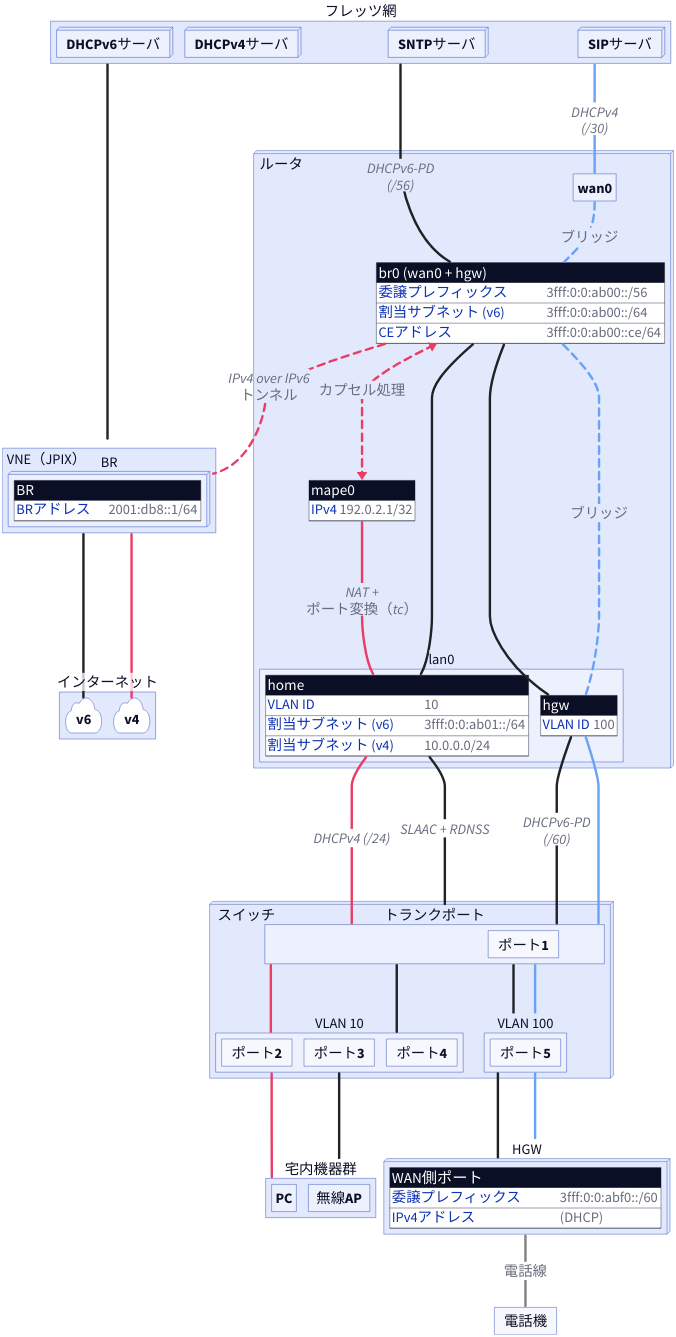
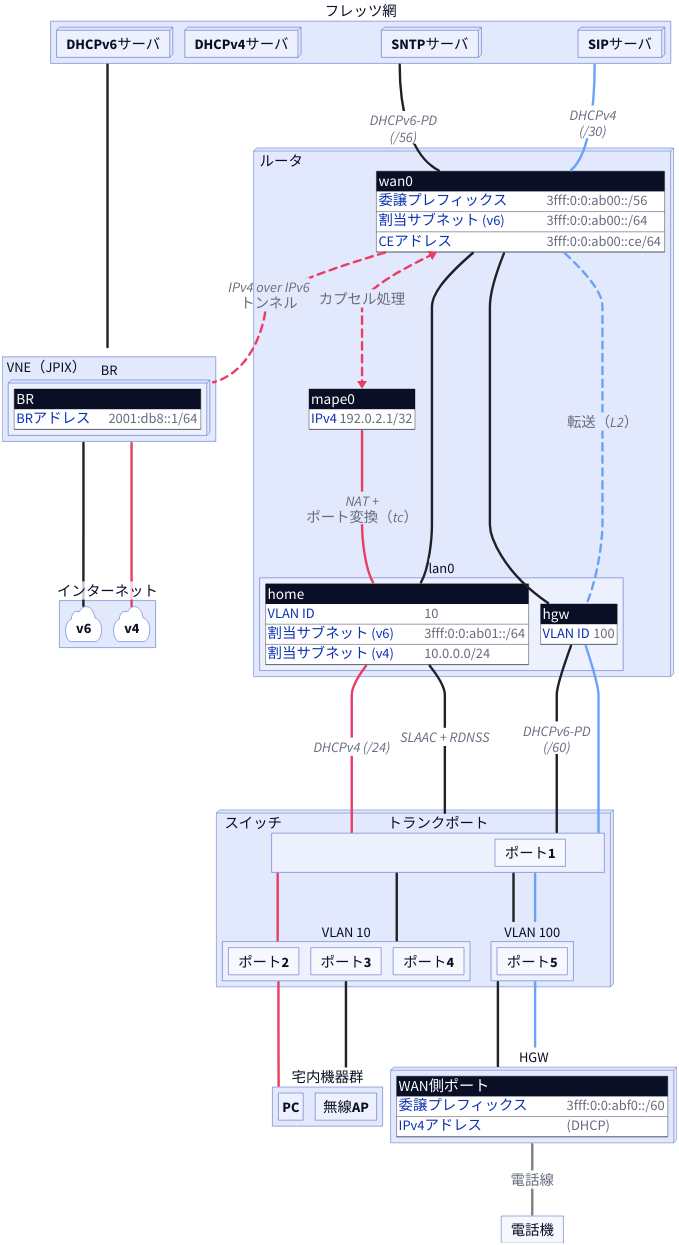
Before and after one commit to haxibami/h6i.org: the second of 2 diagrams in src/content/blog/bet-all-on-systemd-1.mdx, drawn with D2. The commit also changed other lines of this file and 4 other files, not shown here.

```diff
--- a/src/content/blog/bet-all-on-systemd-1.mdx
+++ b/src/content/blog/bet-all-on-systemd-1.mdx
@@ -347,13 +347,12 @@
     shape: sql_table
     IPv4: 192.0.2.1/32
   }
-  br0: br0 (wan0 + hgw) {
+  wan0: {
     shape: sql_table
     委譲プレフィックス: 3fff:0:0:ab00::/56
     割当サブネット (v6): 3fff:0:0:ab00::/64
     CEアドレス: 3fff:0:0:ab00::ce/64
   }
-  wan0
   lan0: {
     home: {
       shape: sql_table
@@ -401,22 +400,21 @@
 ngn -- vne -- internet.v6 {class: ipv6}
 vne -- internet.v4: {class: ipv4}
 
-ngn -- router.br0: DHCPv6-PD\n(/56) {class: ipv6}
+ngn -- router.wan0: DHCPv6-PD\n(/56) {class: ipv6}
 ngn -- router.wan0: DHCPv4\n(/30) {class: ipv4-hgw}
 
-router.br0 -- vne.br: IPv4 over IPv6\nトンネル {class: ipv4; style.stroke-dash: 3}
-router.br0 <-> router.mape0: カプセル処理 {class: ipv4; style.stroke-dash: 3}
+router.wan0 -- vne.br: IPv4 over IPv6\nトンネル {class: ipv4; style.stroke-dash: 3}
+router.wan0 <-> router.mape0: カプセル処理 {class: ipv4; style.stroke-dash: 3}
 router.mape0 -- router.lan0.home: NAT +\nポート変換（tc） {class: ipv4}
 router.lan0.home -- switch.trunk: DHCPv4 (/24)  {class: ipv4}
 switch.trunk -- switch.vlan-home -- home-devices: {class: ipv4}
-router.br0 -- router.lan0.home {class: ipv6}
+router.wan0 -- router.lan0.home {class: ipv6}
 router.lan0.home -- switch.trunk: SLAAC + RDNSS {class: ipv6}
 switch.trunk -- switch.vlan-home -- home-devices {class: ipv6}
-router.br0 -- router.lan0.hgw {class: ipv6}
+router.wan0 -- router.lan0.hgw {class: ipv6}
 router.lan0.hgw -- switch.trunk: DHCPv6-PD\n(/60) {class: ipv6}
 switch.trunk -- switch.vlan-hgw -- HGW {class: ipv6}
-router.wan0 -- router.br0: ブリッジ {class: ipv4-hgw; style.stroke-dash: 3}
-router.br0 -- router.lan0.hgw: ブリッジ {class: ipv4-hgw; style.stroke-dash: 3}
+router.wan0 -- router.lan0.hgw: 転送（L2） {class: ipv4-hgw; style.stroke-dash: 3}
 router.lan0.hgw -- switch.trunk -- switch.vlan-hgw -- HGW: {class: ipv4-hgw}
 
 HGW -- 電話機: 電話線 {style.stroke: gray}
```
